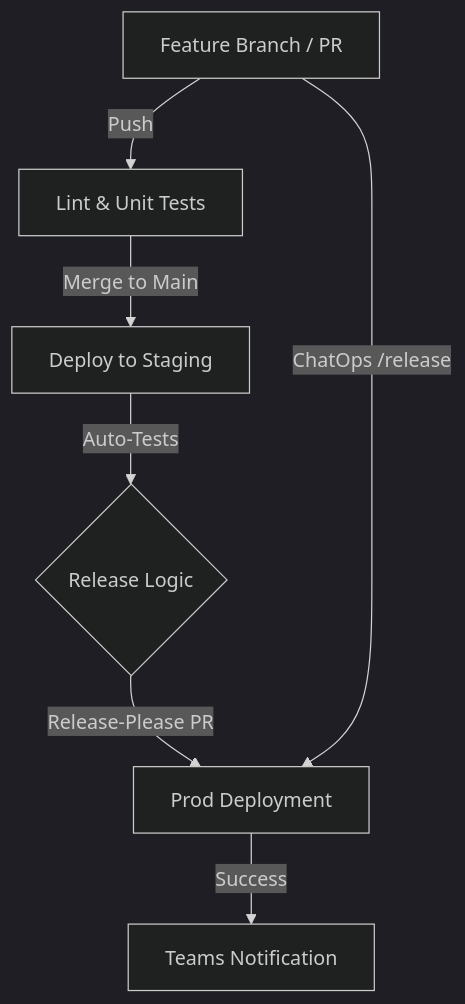
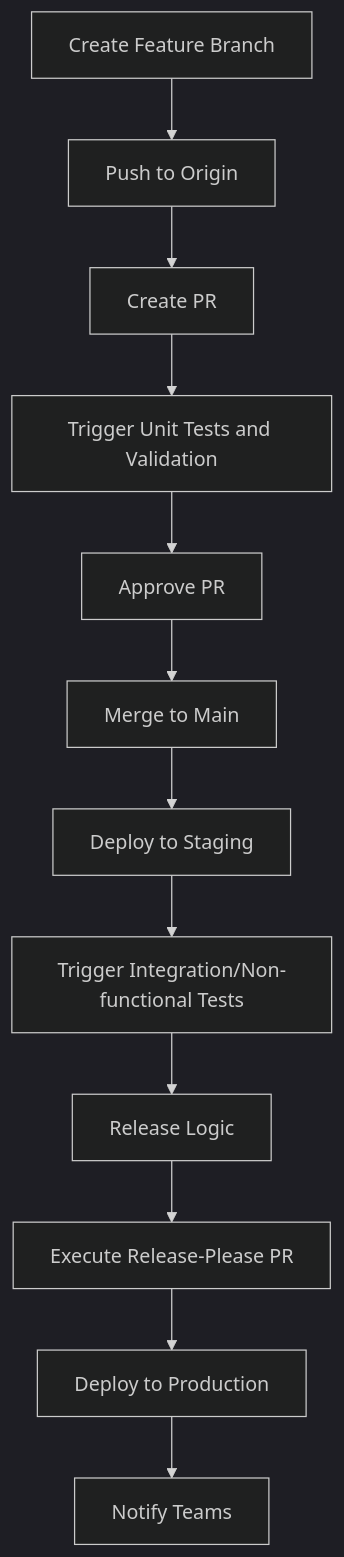
Before and after one commit to lewars/cicd-design-templates: the diagram in databricks.md, drawn with Mermaid (dark theme).

Commit message:
Redo diagram

````diff
--- a/databricks.md
+++ b/databricks.md
@@ -151,10 +151,14 @@
 ```mermaid
 graph TD
-    A[Feature Branch / PR] -->|Push| B[Lint & Unit Tests]
-    B -->|Merge to Main| C[Deploy to Staging]
-    C -->|Auto-Tests| D{Release Logic}
-    D -->|Release-Please PR| E[Prod Deployment]
-    A -->|ChatOps /release| E[Prod Deployment]
-    E -->|Success| F[Teams Notification]
-
+    A[Create Feature Branch] --> B[Push to Origin]
+    B --> C[Create PR]
+    C --> D[Trigger Unit Tests and Validation]
+    D --> E[Approve PR]
+    E --> F[Merge to Main]
+    F --> G[Deploy to Staging]
+    G --> H[Trigger Integration/Non-functional Tests]
+    H --> I[Release Logic]
+    I --> J[Execute Release-Please PR]
+    J --> K[Deploy to Production]
+    K --> L[Notify Teams]
 ```
````
